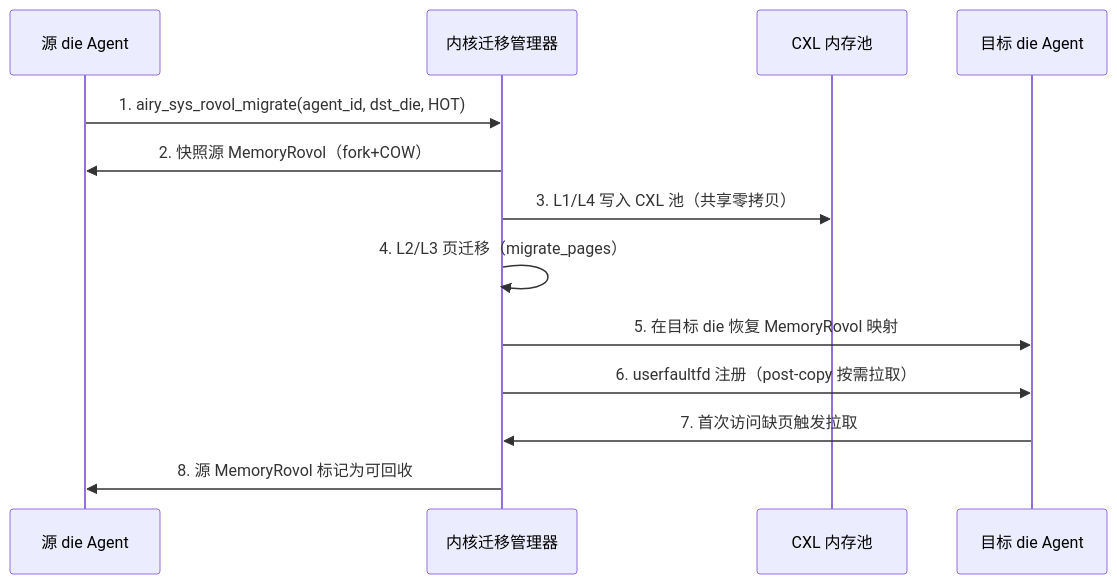
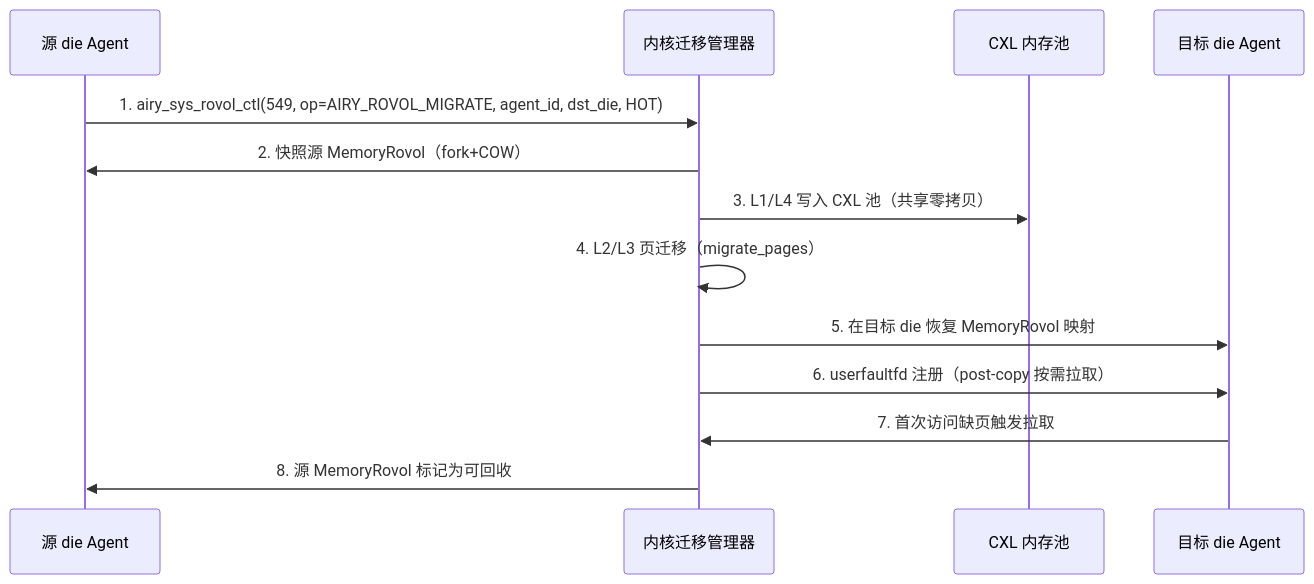
The first of 6 diagrams in 150-cloudnative/04-supernode-os.md (openairymax/docs-linux), drawn with Mermaid before and after one commit. The commit also changed other lines of this file and 50 other files, not shown here.

Commit message:
docs: 更新全部文档以适配 v1.0.1 版本 Capability Folding 变更 本次更新覆盖所有相关文档，主要变更包括： 1. 统一系统调用编号段从 512-631 调整为 548-571 2. 替换废弃的独立 syscall 为统一的 airy_sys_call + op-dispatch 模型

````diff
--- a/150-cloudnative/04-supernode-os.md
+++ b/150-cloudnative/04-supernode-os.md
@@ -260,16 +263,16 @@
 ```mermaid
 sequenceDiagram
     participant SRC as 源 die Agent
     participant KERN as 内核迁移管理器
     participant CXL as CXL 内存池
     participant DST as 目标 die Agent
 
-    SRC->>KERN: 1. airy_sys_rovol_migrate(agent_id, dst_die, HOT)
+    SRC->>KERN: 1. airy_sys_rovol_ctl(549, op=AIRY_ROVOL_MIGRATE, agent_id, dst_die, HOT)
     KERN->>SRC: 2. 快照源 MemoryRovol（fork+COW）
     KERN->>CXL: 3. L1/L4 写入 CXL 池（共享零拷贝）
     KERN->>KERN: 4. L2/L3 页迁移（migrate_pages）
     KERN->>DST: 5. 在目标 die 恢复 MemoryRovol 映射
     KERN->>DST: 6. userfaultfd 注册（post-copy 按需拉取）
     DST->>KERN: 7. 首次访问缺页触发拉取
     KERN->>SRC: 8. 源 MemoryRovol 标记为可回收
 ```
````
